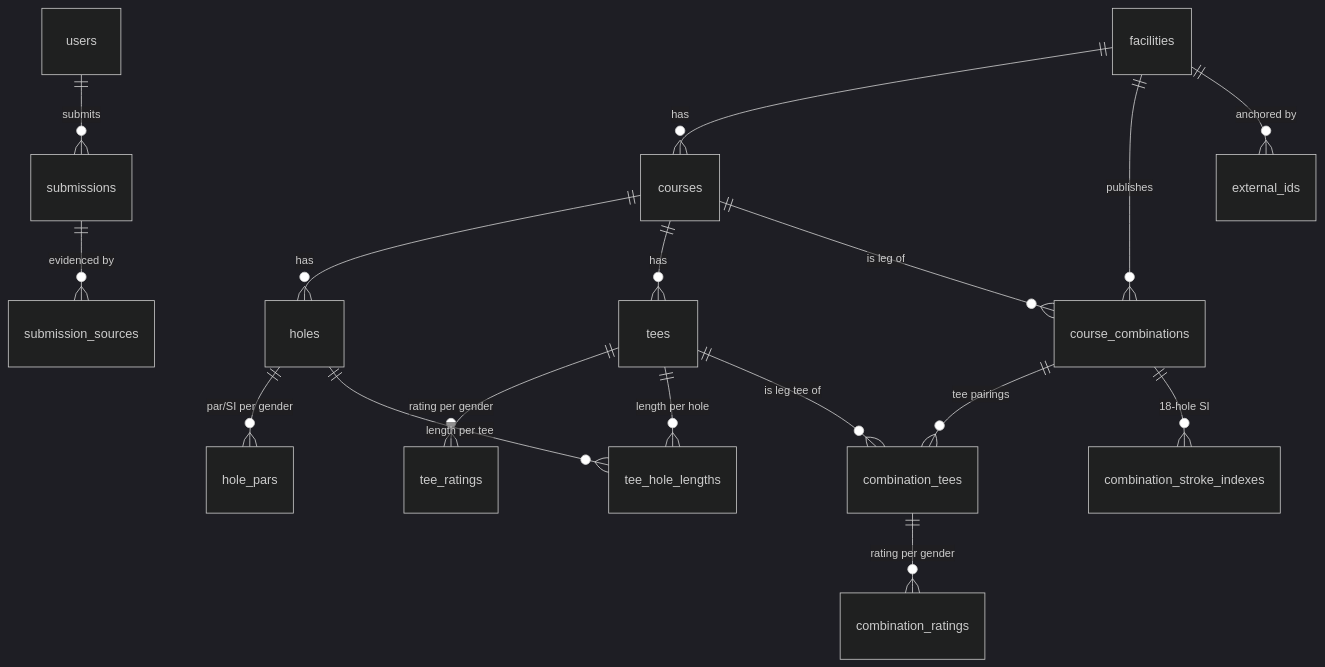
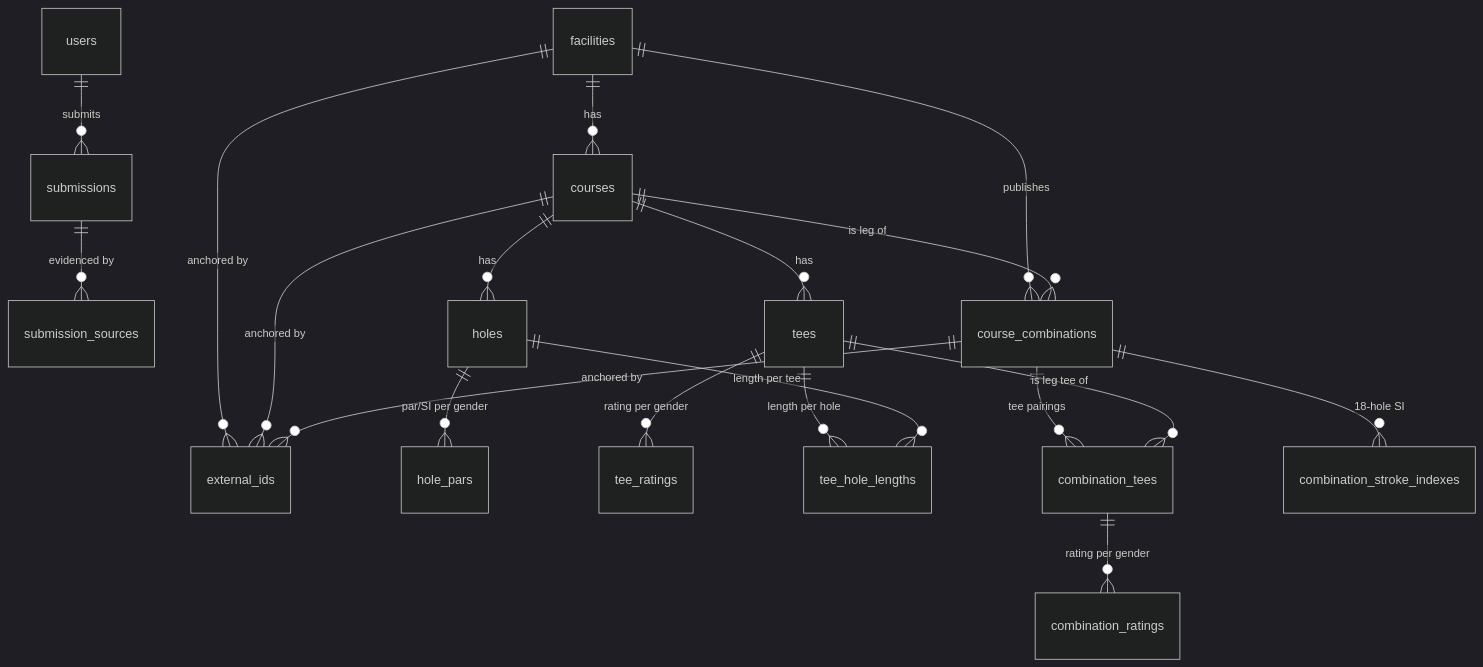
Before and after one commit to jstephenperry/OpenTee: the diagram in docs/schema-design.md, drawn with Mermaid (dark theme). The commit also changed other lines of this file and 3 other files, not shown here.

First line of the commit message:
Harden schema based on adversarial review findings

````diff
--- a/docs/schema-design.md
+++ b/docs/schema-design.md
@@ -59,19 +59,21 @@
 ```mermaid
 erDiagram
     users ||--o{ submissions : submits
     submissions ||--o{ submission_sources : "evidenced by"
     facilities ||--o{ courses : has
     facilities ||--o{ course_combinations : publishes
     facilities ||--o{ external_ids : "anchored by"
+    courses ||--o{ external_ids : "anchored by"
+    course_combinations ||--o{ external_ids : "anchored by"
     courses ||--o{ holes : has
     courses ||--o{ tees : has
     holes ||--o{ hole_pars : "par/SI per gender"
     tees ||--o{ tee_ratings : "rating per gender"
     tees ||--o{ tee_hole_lengths : "length per hole"
     holes ||--o{ tee_hole_lengths : "length per tee"
     course_combinations ||--o{ combination_tees : "tee pairings"
     course_combinations ||--o{ combination_stroke_indexes : "18-hole SI"
     combination_tees ||--o{ combination_ratings : "rating per gender"
     courses ||--o{ course_combinations : "is leg of"
     tees ||--o{ combination_tees : "is leg tee of"
 ```
````
